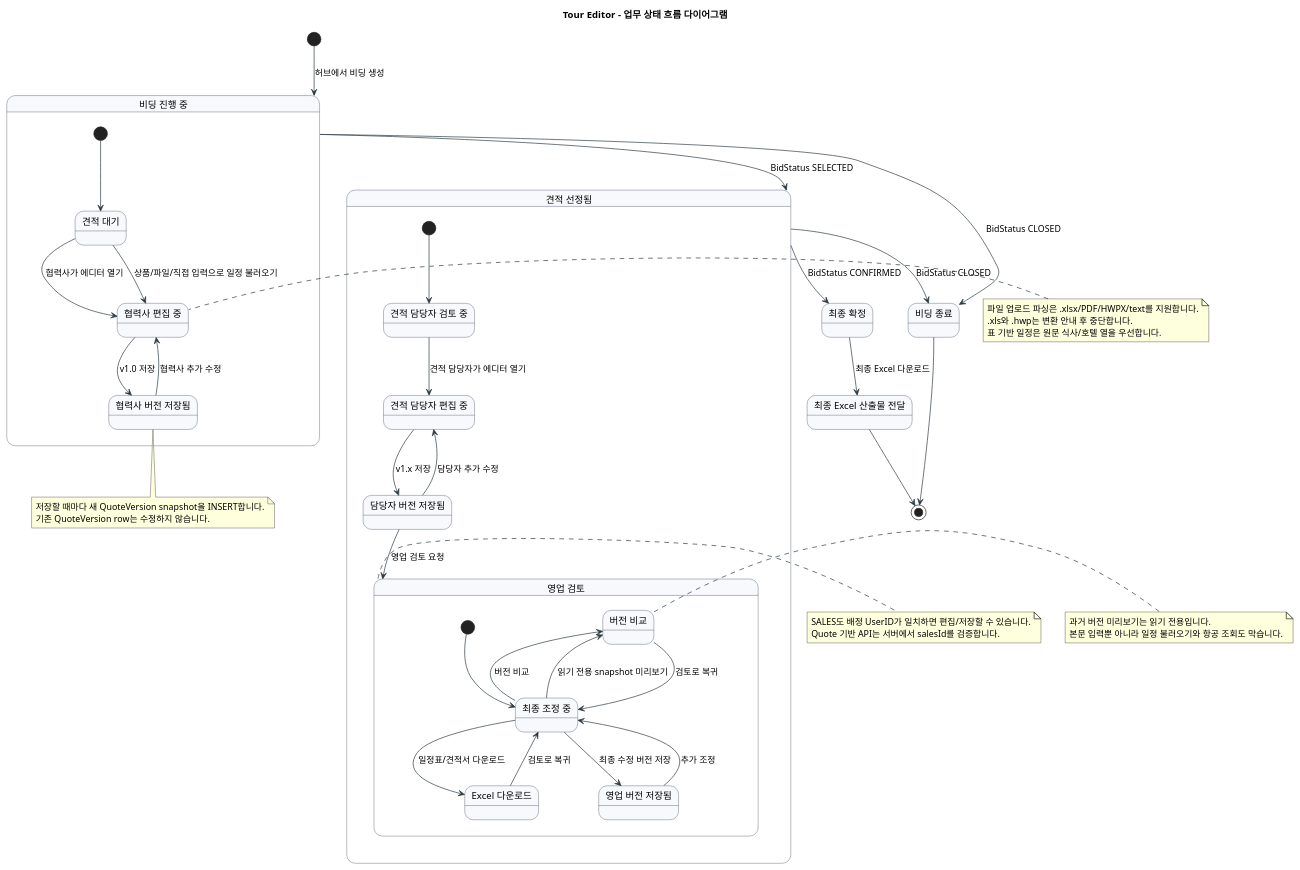
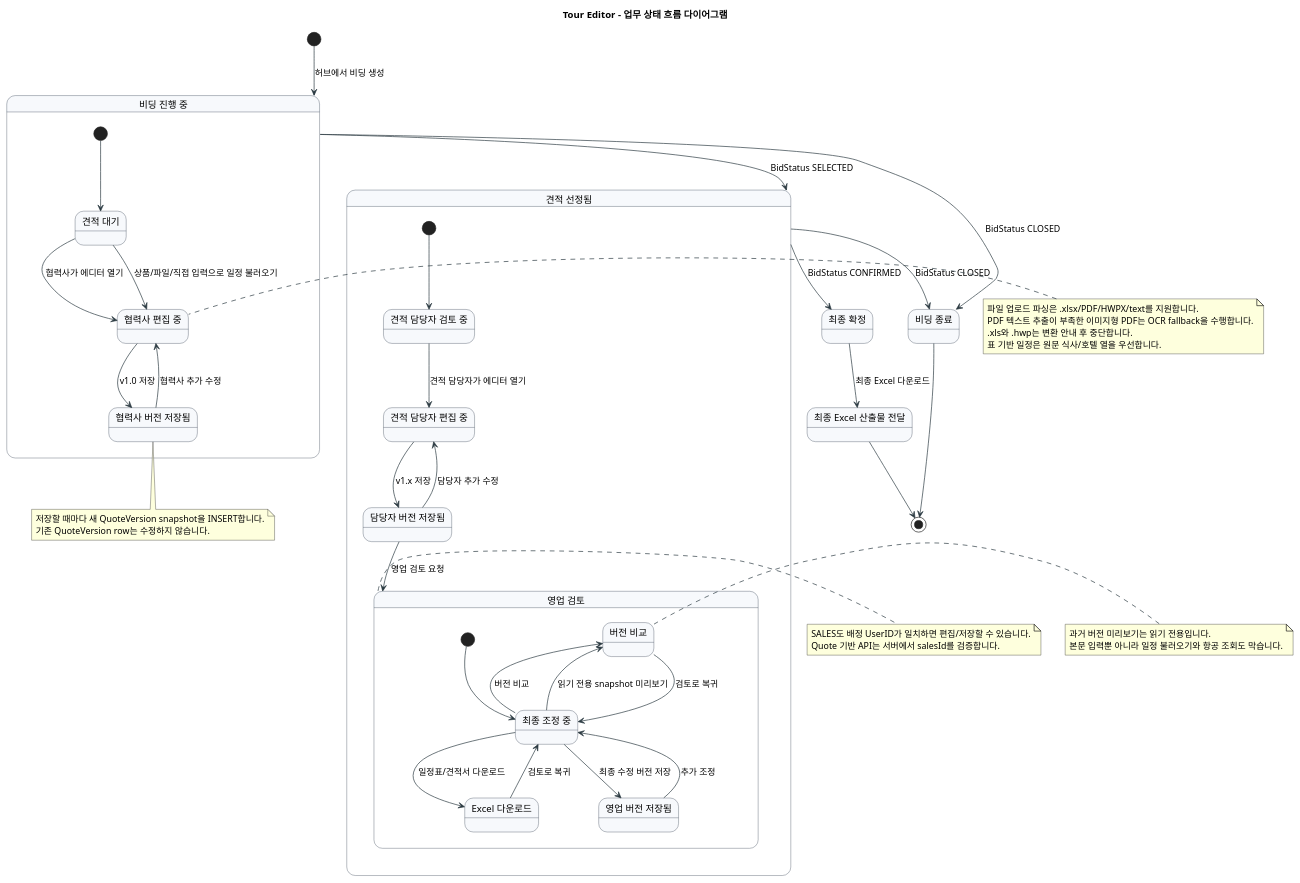
One commit to yoonzzan/tour-editor changed the diagram in docs/diagrams/workflow.puml. Above: the diagram before and after it, drawn with PlantUML. The commit also changed 17 other files, not shown here.

```diff
--- a/docs/diagrams/workflow.puml
+++ b/docs/diagrams/workflow.puml
@@ -1,85 +1,86 @@
 @startuml TourEditorWorkflow
 title Tour Editor - 업무 상태 흐름 다이어그램
 
 skinparam StateBackgroundColor #F7F9FC
 skinparam StateBorderColor #2F3A4A
 skinparam ArrowColor #2B3A42
 
 [*] --> BidOpen : 허브에서 비딩 생성
 
 state "비딩 진행 중" as BidOpen {
   [*] --> WaitingForQuote
   state "견적 대기" as WaitingForQuote
   state "협력사 편집 중" as PartnerEditing
   state "협력사 버전 저장됨" as VersionSaved
 
   WaitingForQuote --> PartnerEditing : 협력사가 에디터 열기
   WaitingForQuote --> PartnerEditing : 상품/파일/직접 입력으로 일정 불러오기
   PartnerEditing --> VersionSaved : v1.0 저장
   VersionSaved --> PartnerEditing : 협력사 추가 수정
 }
 
 BidOpen --> BidSelected : BidStatus SELECTED
 
 state "견적 선정됨" as BidSelected {
   [*] --> AgentReviewing
   state "견적 담당자 검토 중" as AgentReviewing
   state "견적 담당자 편집 중" as AgentEditing
   state "담당자 버전 저장됨" as AgentVersionSaved
 
   AgentReviewing --> AgentEditing : 견적 담당자가 에디터 열기
   AgentEditing --> AgentVersionSaved : v1.x 저장
   AgentVersionSaved --> AgentEditing : 담당자 추가 수정
   AgentVersionSaved --> SalesReviewing : 영업 검토 요청
 }
 
 state "영업 검토" as SalesReviewing {
   [*] --> SalesEditing
   state "최종 조정 중" as SalesEditing
   state "버전 비교" as VersionCompare
   state "Excel 다운로드" as ExcelExport
   state "영업 버전 저장됨" as SalesVersionSaved
 
   SalesEditing --> VersionCompare : 버전 비교
   SalesEditing --> VersionCompare : 읽기 전용 snapshot 미리보기
   SalesEditing --> ExcelExport : 일정표/견적서 다운로드
   SalesEditing --> SalesVersionSaved : 최종 수정 버전 저장
   VersionCompare --> SalesEditing : 검토로 복귀
   ExcelExport --> SalesEditing : 검토로 복귀
   SalesVersionSaved --> SalesEditing : 추가 조정
 }
 
 BidSelected --> Confirmed : BidStatus CONFIRMED
 state "최종 확정" as Confirmed
 state "최종 Excel 산출물 전달" as Exported
 
 Confirmed --> Exported : 최종 Excel 다운로드
 Exported --> [*]
 
 BidOpen --> Closed : BidStatus CLOSED
 BidSelected --> Closed : BidStatus CLOSED
 state "비딩 종료" as Closed
 Closed --> [*]
 
 note right of SalesReviewing
   SALES도 배정 UserID가 일치하면 편집/저장할 수 있습니다.
   Quote 기반 API는 서버에서 salesId를 검증합니다.
 end note
 
 note left of PartnerEditing
   파일 업로드 파싱은 .xlsx/PDF/HWPX/text를 지원합니다.
+  PDF 텍스트 추출이 부족한 이미지형 PDF는 OCR fallback을 수행합니다.
   .xls와 .hwp는 변환 안내 후 중단합니다.
   표 기반 일정은 원문 식사/호텔 열을 우선합니다.
 end note
 
 note right of VersionCompare
   과거 버전 미리보기는 읽기 전용입니다.
   본문 입력뿐 아니라 일정 불러오기와 항공 조회도 막습니다.
 end note
 
 note bottom of VersionSaved
   저장할 때마다 새 QuoteVersion snapshot을 INSERT합니다.
   기존 QuoteVersion row는 수정하지 않습니다.
 end note
 
 @enduml
```
